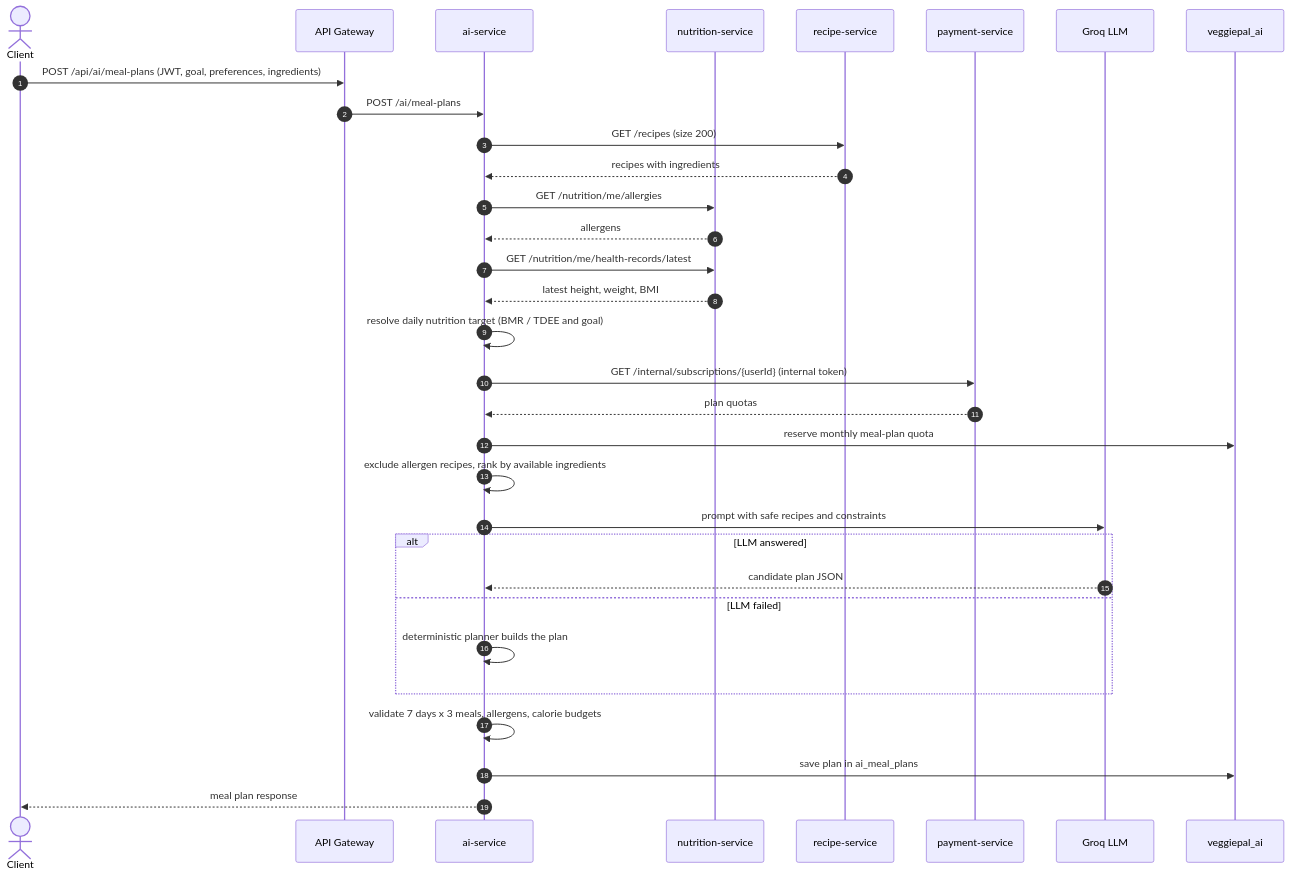
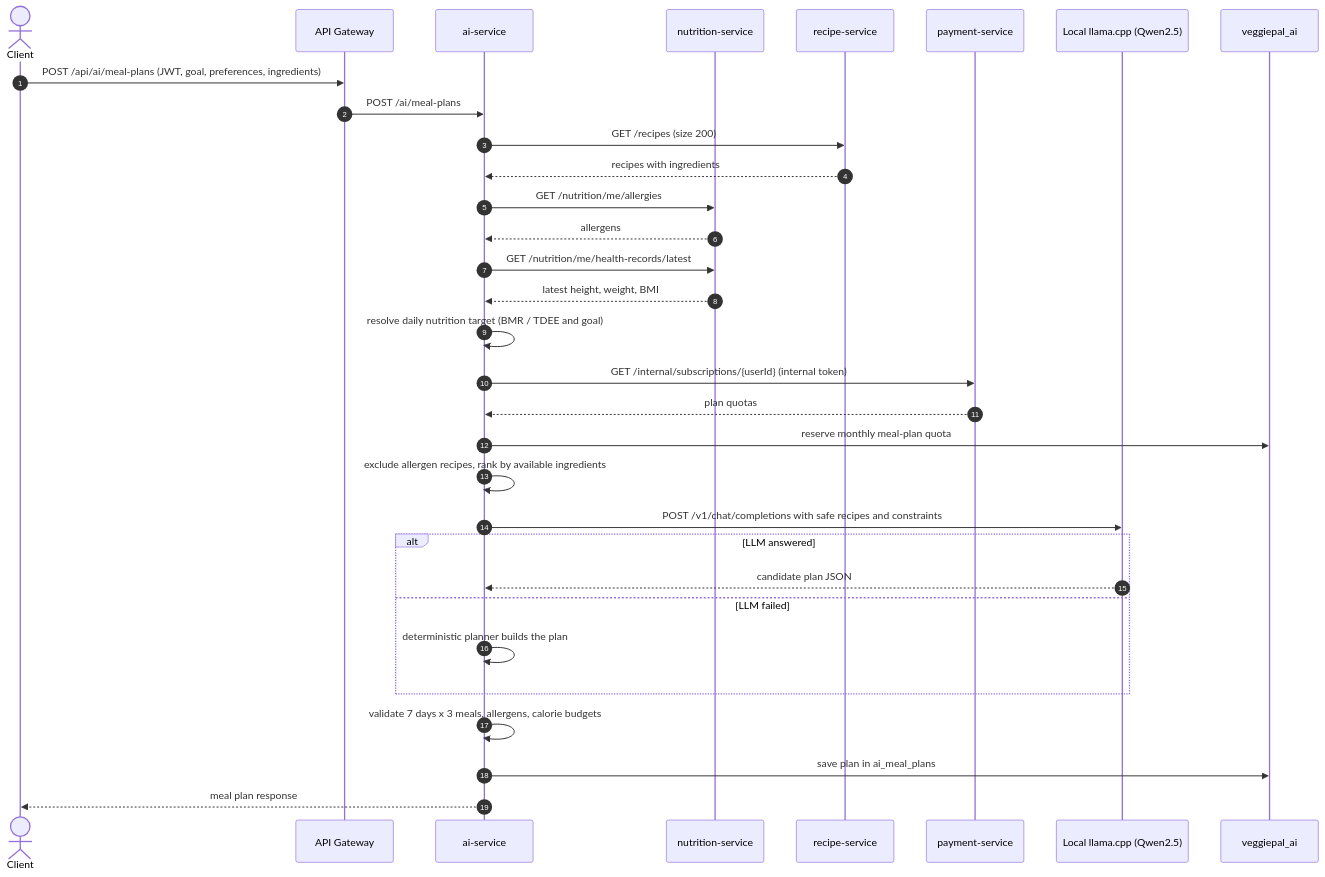
Diagram 24 of 33 in docs/REPORT7_FINAL_PROJECT_REPORT.md (Phu0312/VeggiePal-Microservice), drawn with Mermaid before and after one commit. The commit also changed other lines of this file and 7 other files, not shown here.

````diff
--- a/docs/REPORT7_FINAL_PROJECT_REPORT.md
+++ b/docs/REPORT7_FINAL_PROJECT_REPORT.md
@@ -2214,35 +2236,35 @@
 ```mermaid
 sequenceDiagram
     autonumber
     actor C as Client
     participant GW as API Gateway
     participant AI as ai-service
     participant NU as nutrition-service
     participant RE as recipe-service
     participant PA as payment-service
-    participant GQ as Groq LLM
+    participant GQ as Local llama.cpp (Qwen2.5)
     participant DB as veggiepal_ai
 
     C->>GW: POST /api/ai/meal-plans (JWT, goal, preferences, ingredients)
     GW->>AI: POST /ai/meal-plans
     AI->>RE: GET /recipes (size 200)
     RE-->>AI: recipes with ingredients
     AI->>NU: GET /nutrition/me/allergies
     NU-->>AI: allergens
     AI->>NU: GET /nutrition/me/health-records/latest
     NU-->>AI: latest height, weight, BMI
     AI->>AI: resolve daily nutrition target (BMR / TDEE and goal)
     AI->>PA: GET /internal/subscriptions/{userId} (internal token)
     PA-->>AI: plan quotas
     AI->>DB: reserve monthly meal-plan quota
     AI->>AI: exclude allergen recipes, rank by available ingredients
-    AI->>GQ: prompt with safe recipes and constraints
+    AI->>GQ: POST /v1/chat/completions with safe recipes and constraints
     alt LLM answered
         GQ-->>AI: candidate plan JSON
     else LLM failed
         AI->>AI: deterministic planner builds the plan
     end
     AI->>AI: validate 7 days x 3 meals, allergens, calorie budgets
     AI->>DB: save plan in ai_meal_plans
     AI-->>C: meal plan response
 ```
````
